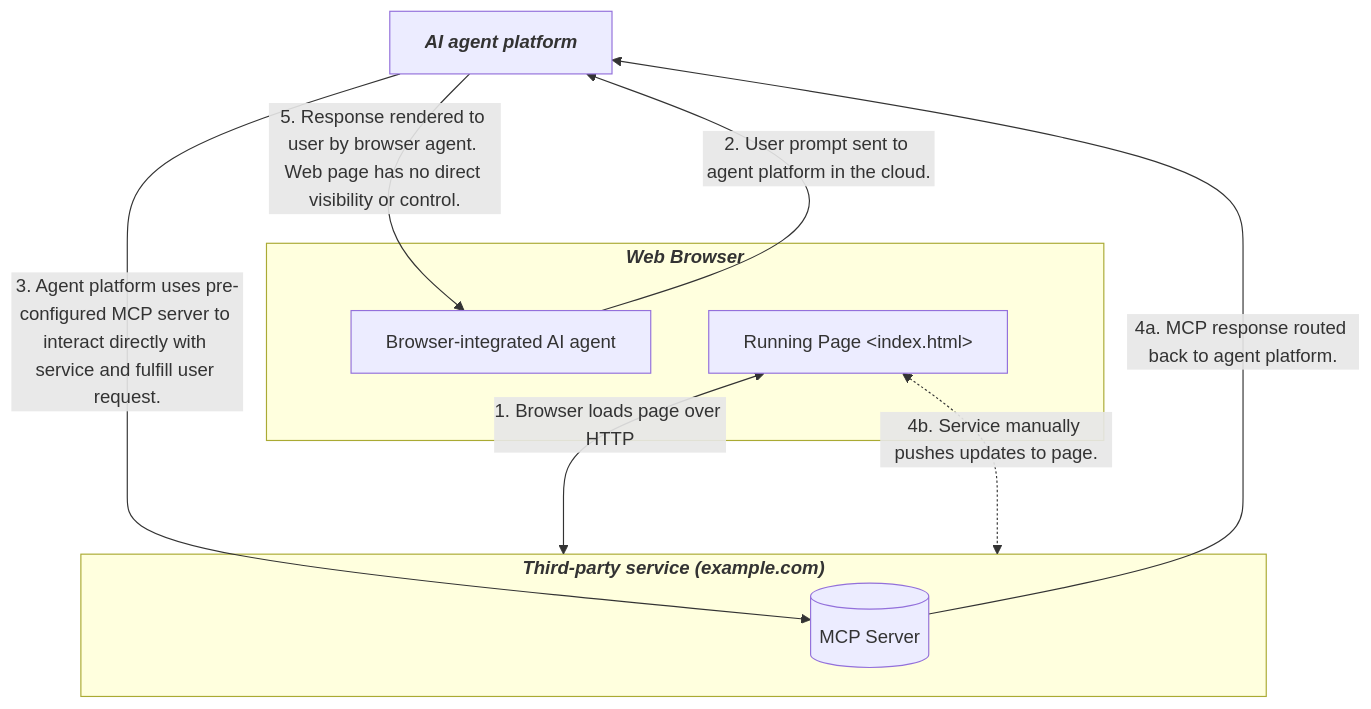
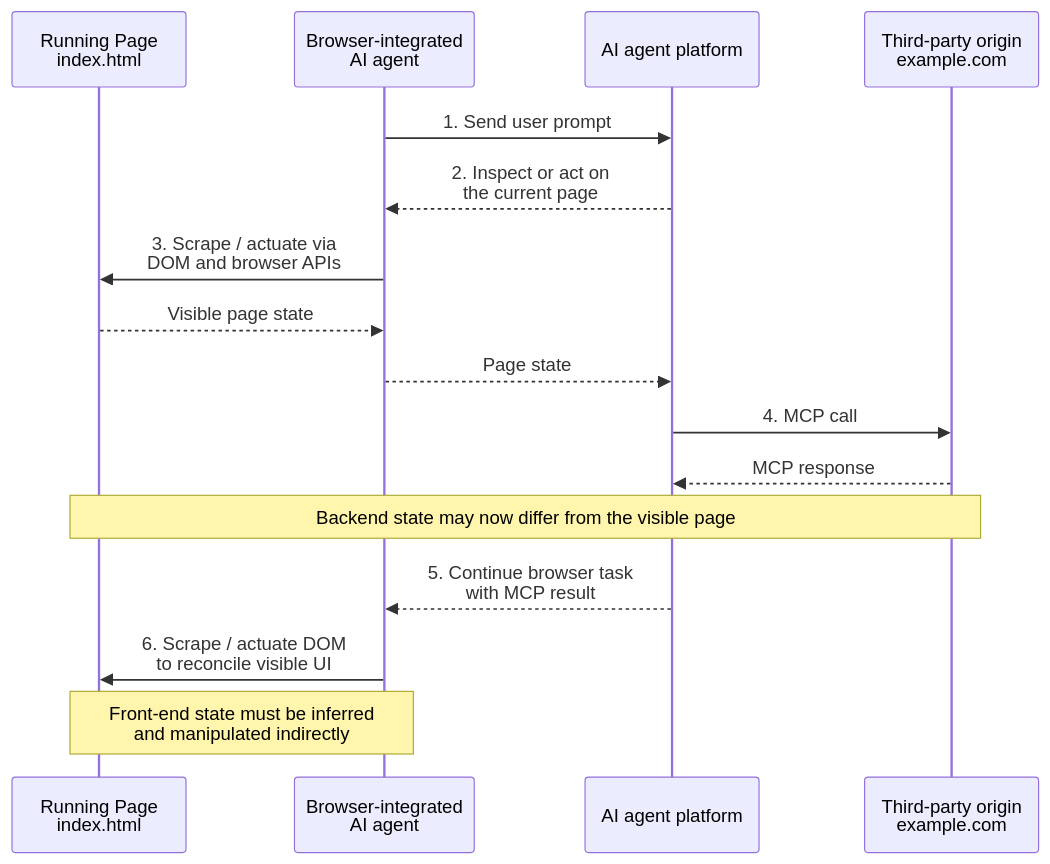
Before and after one commit to webmachinelearning/webmcp: the second of 2 diagrams in README.md, drawn with Mermaid. The commit also changed other lines of this file, not shown here.

Commit message:
Refactor sequence diagrams (#295)

````diff
--- a/README.md
+++ b/README.md
@@ -51,20 +56,26 @@
 ```mermaid
-graph TD
-    AI["<b><i>AI agent platform</i></b>"]
+sequenceDiagram
+    participant Page as Running Page<br/>index.html
+    participant Agent as Browser-integrated<br/>AI agent
+    participant AI as AI agent platform
+    participant Service as Third-party origin<br/>example.com
 
-    subgraph WB["<b><i>Web Browser</i></b>"]
-        BIA["Browser-integrated AI agent"]
-        RP["Running Page &lt;index.html&gt;"]
-    end
+    Agent->>AI: 1. Send user prompt
 
-    subgraph TP["<b><i>Third-party service (example.com)</i></b>"]
-        MCP[("MCP Server")]
-    end
+    AI-->>Agent: 2. Inspect or act on<br/>the current page
 
-    RP <-->|1. Browser loads page over HTTP| TP
-    BIA -->|2. User prompt sent to agent platform in the cloud.| AI
-    AI -->|"3. Agent platform uses pre-configured MCP server to interact directly with service and fulfill user request."| MCP
-    MCP -->|4a. MCP response routed back to agent platform.| AI
-    AI -->|5. Response rendered to user by browser agent. Web page has no direct visibility or control.| BIA
-    RP <-.->|4b. Service manually pushes updates to page.| TP
+    Agent->>Page: 3. Scrape / actuate via<br/>DOM and browser APIs
+    Page-->>Agent: Visible page state
+    Agent-->>AI: Page state
+
+    AI->>Service: 4. MCP call
+    Service-->>AI: MCP response
+
+    Note over Page,Service: Backend state may now differ from the visible page
+
+    AI-->>Agent: 5. Continue browser task<br/>with MCP result
+
+    Agent->>Page: 6. Scrape / actuate DOM<br/>to reconcile visible UI
+
+    Note over Page,Agent: Front-end state must be inferred<br/>and manipulated indirectly
 ```
````
